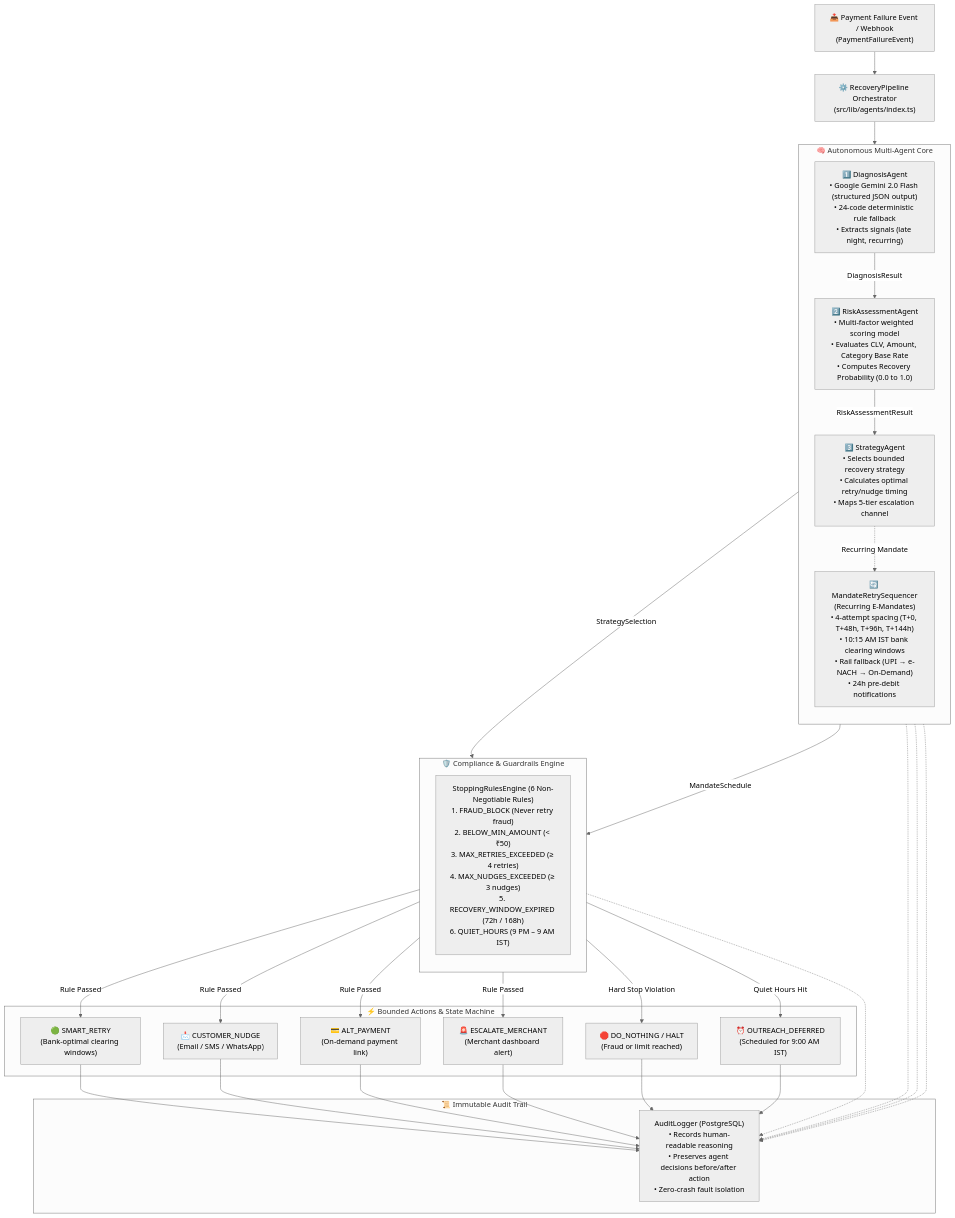
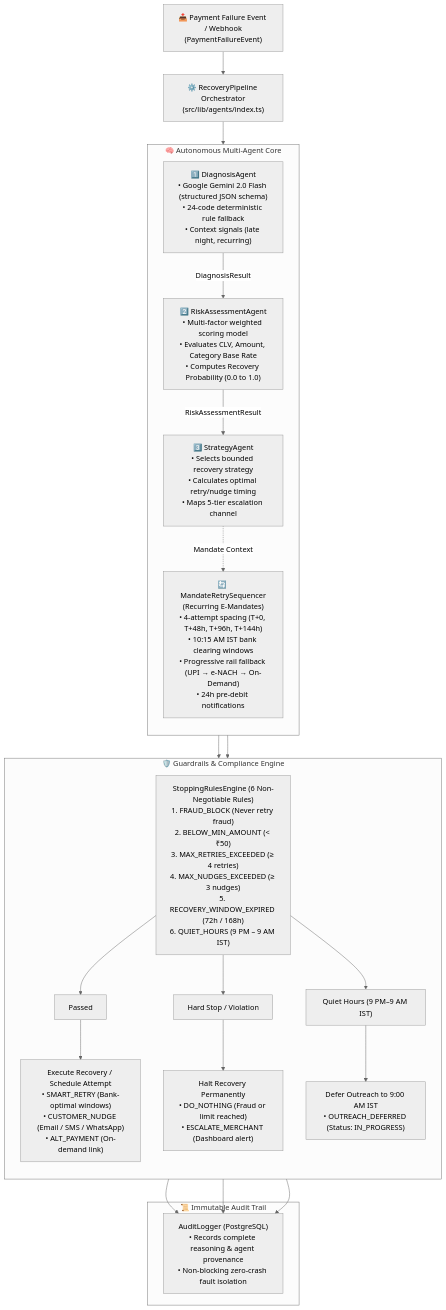
Before and after one commit to vishalkumar-ai25/revive-ai: the diagram in README.md, drawn with Mermaid (neutral theme). The commit also changed other lines of this file, not shown here.

Commit message:
docs: consolidate architecture into single authoritative multi-agent mermaid diagram

````diff
--- a/README.md
+++ b/README.md
@@ -63,53 +20,52 @@
 ```mermaid
 flowchart TD
     WH["📥 Payment Failure Event / Webhook<br/>(PaymentFailureEvent)"] --> ORCH["⚙️ RecoveryPipeline Orchestrator<br/>(src/lib/agents/index.ts)"]
 
     subgraph MultiAgentCore["🧠 Autonomous Multi-Agent Core"]
         direction TB
         
-        A1["1️⃣ DiagnosisAgent<br/>• Google Gemini 2.0 Flash (structured JSON output)<br/>• 24-code deterministic rule fallback<br/>• Extracts signals (late night, recurring)"]
+        A1["1️⃣ DiagnosisAgent<br/>• Google Gemini 2.0 Flash (structured JSON schema)<br/>• 24-code deterministic rule fallback<br/>• Context signals (late night, recurring)"]
         
         A2["2️⃣ RiskAssessmentAgent<br/>• Multi-factor weighted scoring model<br/>• Evaluates CLV, Amount, Category Base Rate<br/>• Computes Recovery Probability (0.0 to 1.0)"]
         
         A3["3️⃣ StrategyAgent<br/>• Selects bounded recovery strategy<br/>• Calculates optimal retry/nudge timing<br/>• Maps 5-tier escalation channel"]
 
-        A4["🔄 MandateRetrySequencer<br/>(Recurring E-Mandates)<br/>• 4-attempt spacing (T+0, T+48h, T+96h, T+144h)<br/>• 10:15 AM IST bank clearing windows<br/>• Rail fallback (UPI → e-NACH → On-Demand)<br/>• 24h pre-debit notifications"]
+        A4["🔄 MandateRetrySequencer<br/>(Recurring E-Mandates)<br/>• 4-attempt spacing (T+0, T+48h, T+96h, T+144h)<br/>• 10:15 AM IST bank clearing windows<br/>• Progressive rail fallback (UPI → e-NACH → On-Demand)<br/>• 24h pre-debit notifications"]
 
         A1 -->|DiagnosisResult| A2
         A2 -->|RiskAssessmentResult| A3
-        A3 -.->|Recurring Mandate| A4
+        A3 -.->|Mandate Context| A4
     end
 
     ORCH --> A1
 
-    subgraph Guardrails["🛡️ Compliance & Guardrails Engine"]
+    subgraph Guardrails["🛡️ Guardrails & Compliance Engine"]
         direction TB
         SRE["StoppingRulesEngine (6 Non-Negotiable Rules)<br/>1. FRAUD_BLOCK (Never retry fraud)<br/>2. BELOW_MIN_AMOUNT (< ₹50)<br/>3. MAX_RETRIES_EXCEEDED (≥ 4 retries)<br/>4. MAX_NUDGES_EXCEEDED (≥ 3 nudges)<br/>5. RECOVERY_WINDOW_EXPIRED (72h / 168h)<br/>6. QUIET_HOURS (9 PM – 9 AM IST)"]
+        
+        P1["Passed"]
+        P2["Hard Stop / Violation"]
+        P3["Quiet Hours (9 PM–9 AM IST)"]
+        
+        SRE --> P1 & P2 & P3
+        
+        ACT_EXEC["Execute Recovery / Schedule Attempt<br/>• SMART_RETRY (Bank-optimal windows)<br/>• CUSTOMER_NUDGE (Email / SMS / WhatsApp)<br/>• ALT_PAYMENT (On-demand link)"]
+        ACT_HALT["Halt Recovery Permanently<br/>• DO_NOTHING (Fraud or limit reached)<br/>• ESCALATE_MERCHANT (Dashboard alert)"]
+        ACT_DEFER["Defer Outreach to 9:00 AM IST<br/>• OUTREACH_DEFERRED (Status: IN_PROGRESS)"]
+        
+        P1 --> ACT_EXEC
+        P2 --> ACT_HALT
+        P3 --> ACT_DEFER
     end
 
-    A3 -->|StrategySelection| SRE
-    A4 -->|MandateSchedule| SRE
+    A3 --> SRE
+    A4 --> SRE
 
-    subgraph Outcomes["⚡ Bounded Actions & State Machine"]
-        ACT1["🟢 SMART_RETRY<br/>(Bank-optimal clearing windows)"]
-        ACT2["📩 CUSTOMER_NUDGE<br/>(Email / SMS / WhatsApp)"]
-        ACT3["💳 ALT_PAYMENT<br/>(On-demand payment link)"]
-        ACT4["🚨 ESCALATE_MERCHANT<br/>(Merchant dashboard alert)"]
-        ACT5["🛑 DO_NOTHING / HALT<br/>(Fraud or limit reached)"]
-        ACT6["⏰ OUTREACH_DEFERRED<br/>(Scheduled for 9:00 AM IST)"]
+    subgraph Provenance["📜 Immutable Audit Trail"]
+        AUDIT["AuditLogger (PostgreSQL)<br/>• Records complete reasoning & agent provenance<br/>• Non-blocking zero-crash fault isolation"]
     end
 
-    SRE -->|Rule Passed| ACT1 & ACT2 & ACT3 & ACT4
-    SRE -->|Hard Stop Violation| ACT5
-    SRE -->|Quiet Hours Hit| ACT6
-
-    subgraph Provenance["📜 Immutable Audit Trail"]
-        AUDIT["AuditLogger (PostgreSQL)<br/>• Records human-readable reasoning<br/>• Preserves agent decisions before/after action<br/>• Zero-crash fault isolation"]
-    end
-
-    A1 -.-> AUDIT
-    A2 -.-> AUDIT
-    A3 -.-> AUDIT
-    SRE -.-> AUDIT
-    ACT1 & ACT2 & ACT3 & ACT4 & ACT5 & ACT6 --> AUDIT
+    ACT_EXEC --> AUDIT
+    ACT_HALT --> AUDIT
+    ACT_DEFER --> AUDIT
 ```
````
